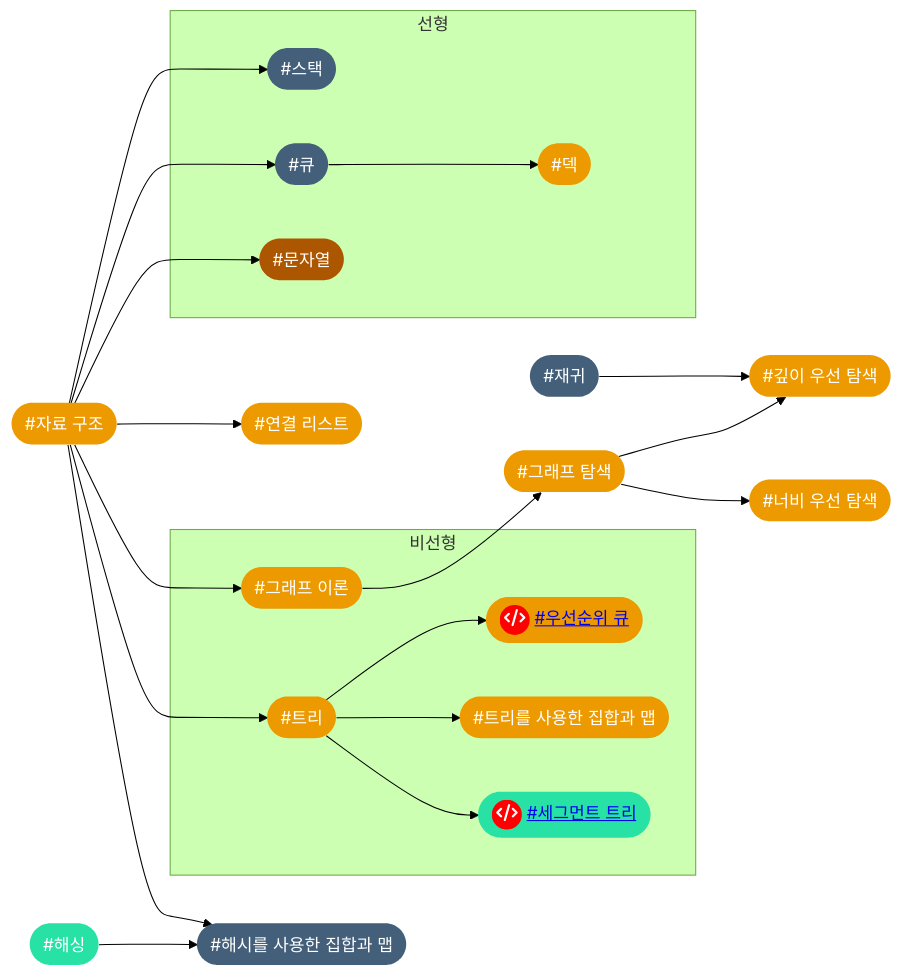
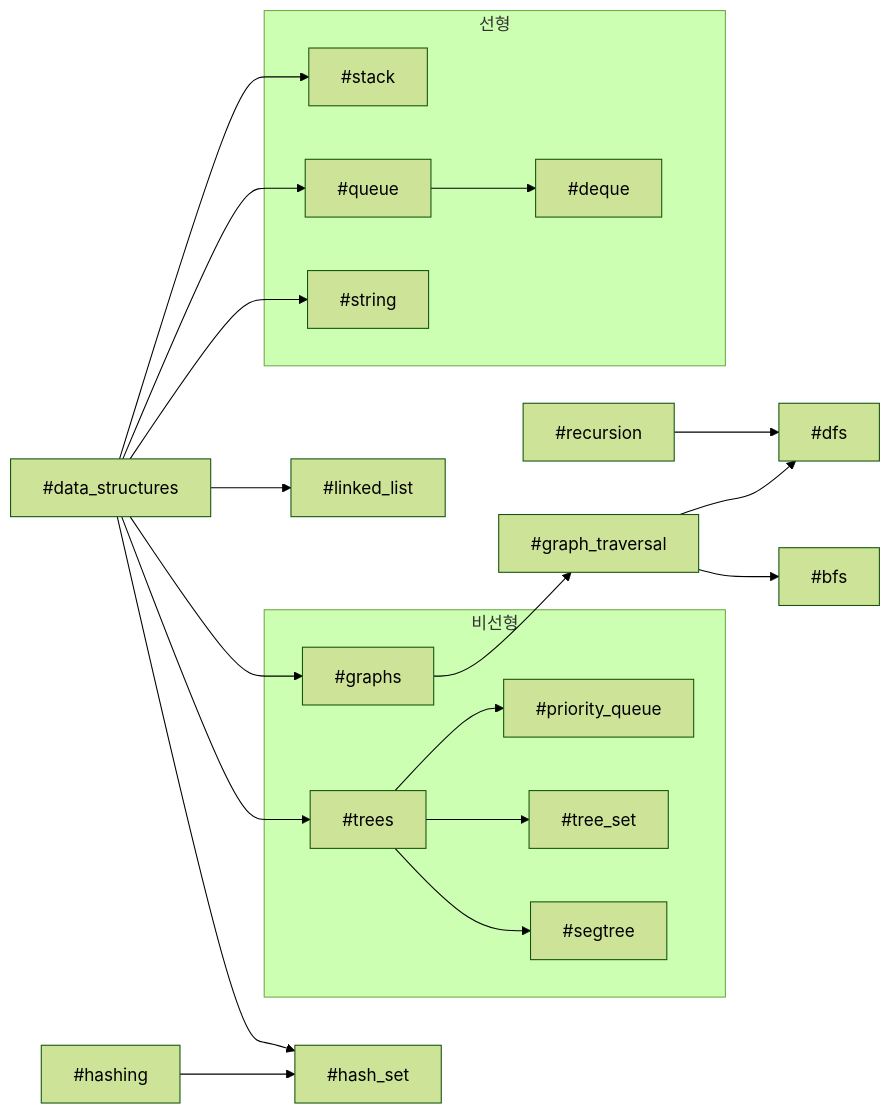
The fourth of 17 diagrams in index.md (CHOYUNSIG/algorithm_with_boj), drawn with Mermaid (forest theme) before and after one commit. The commit also changed other lines of this file and 5 other files, not shown here.

```diff
--- a/index.md
+++ b/index.md
@@ -126,60 +112,35 @@
-<pre class="mermaid">
+<pre class="mermaid tag-connection-define">
     graph LR
 
     #data_structures --> #stack
     #data_structures --> #queue
     #data_structures --> #string
     #queue --> #deque
     #data_structures --> #linked_list
     #data_structures --> #graphs
     #data_structures --> #trees
     #trees --> #priority_queue
     #trees --> #tree_set
     #trees --> #segtree
     #data_structures --> #hash_set
     #graphs --> #graph_traversal
     #graph_traversal --> #dfs
     #graph_traversal --> #bfs
     #recursion --> #dfs
     #hashing --> #hash_set
 
     subgraph 선형
         #stack
         #queue
         #string
         #deque
     end
 
     subgraph 비선형
         #graphs
         #segtree
         #priority_queue
         #trees
         #tree_set
     end
-
-    #graphs(["#그래프 이론"]):::tier2
-    #graph_traversal(["#그래프 탐색"]):::tier2
-    #dfs(["#깊이 우선 탐색"]):::tier2
-    #bfs(["#너비 우선 탐색"]):::tier2
-    #deque(["#덱"]):::tier2
-    #string(["#문자열"]):::tier0
-    #segtree(["<span style="background-color: red; border-radius: 50%; display:inline-block; width:28px; height:28px">fa:fa-code</span> <a href="post/2024/01/11/segtree.html">#세그먼트 트리</a>"]):::tier3
-    #stack(["#스택"]):::tier1
-    #linked_list(["#연결 리스트"]):::tier2
-    #priority_queue(["<span style="background-color: red; border-radius: 50%; display:inline-block; width:28px; height:28px">fa:fa-code</span> <a href="post/2024/01/15/priority_queue.html">#우선순위 큐</a>"]):::tier2
-    #data_structures(["#자료 구조"]):::tier2
-    #recursion(["#재귀"]):::tier1
-    #queue(["#큐"]):::tier1
-    #trees(["#트리"]):::tier2
-    #tree_set(["#트리를 사용한 집합과 맵"]):::tier2
-    #hash_set(["#해시를 사용한 집합과 맵"]):::tier1
-    #hashing(["#해싱"]):::tier3
-
-    classDef tier0 fill:#ad5600, color:#fff, stroke:#0000
-    classDef tier1 fill:#435f7a, color:#fff, stroke:#0000
-    classDef tier2 fill:#ec9a00, color:#fff, stroke:#0000
-    classDef tier3 fill:#27e2a4, color:#fff, stroke:#0000
-    classDef tier4 fill:#00b4fc, color:#fff, stroke:#0000
-    classDef tier5 fill:#ff0062, color:#fff, stroke:#0000
 </pre>
```
